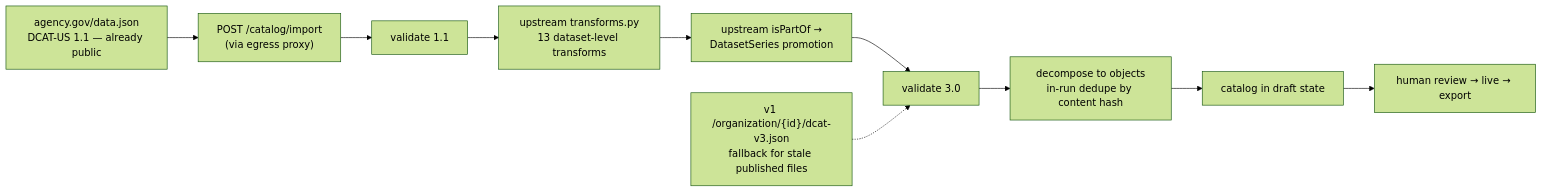
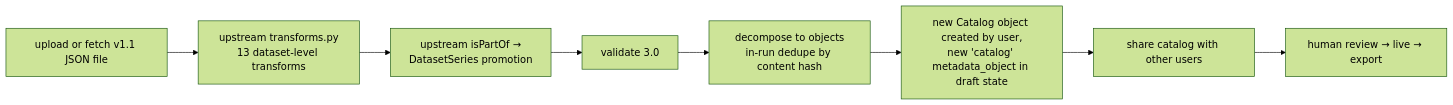
One commit to GSA/datagov-inventory changed the seventh of 8 diagrams in docs/architecture.md. Above: the diagram before and after it, drawn with Mermaid (forest theme). The commit also changed other lines of this file, not shown here.

Commit message:
Update architecture.md in response to PR comments

````diff
--- a/docs/architecture.md
+++ b/docs/architecture.md
@@ -441,12 +479,10 @@
 ```mermaid
 flowchart LR
-    A["agency.gov/data.json<br/>DCAT-US 1.1 — already public"] --> B["POST /catalog/import<br/>(via egress proxy)"]
-    B --> C["validate 1.1"]
-    C --> D["upstream transforms.py<br/>13 dataset-level transforms"]
+    A["upload or fetch v1.1 JSON file"] --> D["upstream transforms.py<br/>13 dataset-level transforms"]
     D --> D2["upstream isPartOf →<br/>DatasetSeries promotion"]
     D2 --> E["validate 3.0"]
     E --> F["decompose to objects<br/>in-run dedupe by content hash"]
-    F --> G["catalog in draft state"]
-    G --> H["human review → live → export"]
-    I["v1 /organization/{id}/dcat-v3.json<br/>fallback for stale published files"] -.-> E
+    F --> G["new Catalog object created by user,<br/>new 'catalog' metadata_object in draft state"]
+    G --> H["share catalog with other users"]
+    H --> I["human review → live → export"]
 ```
````
